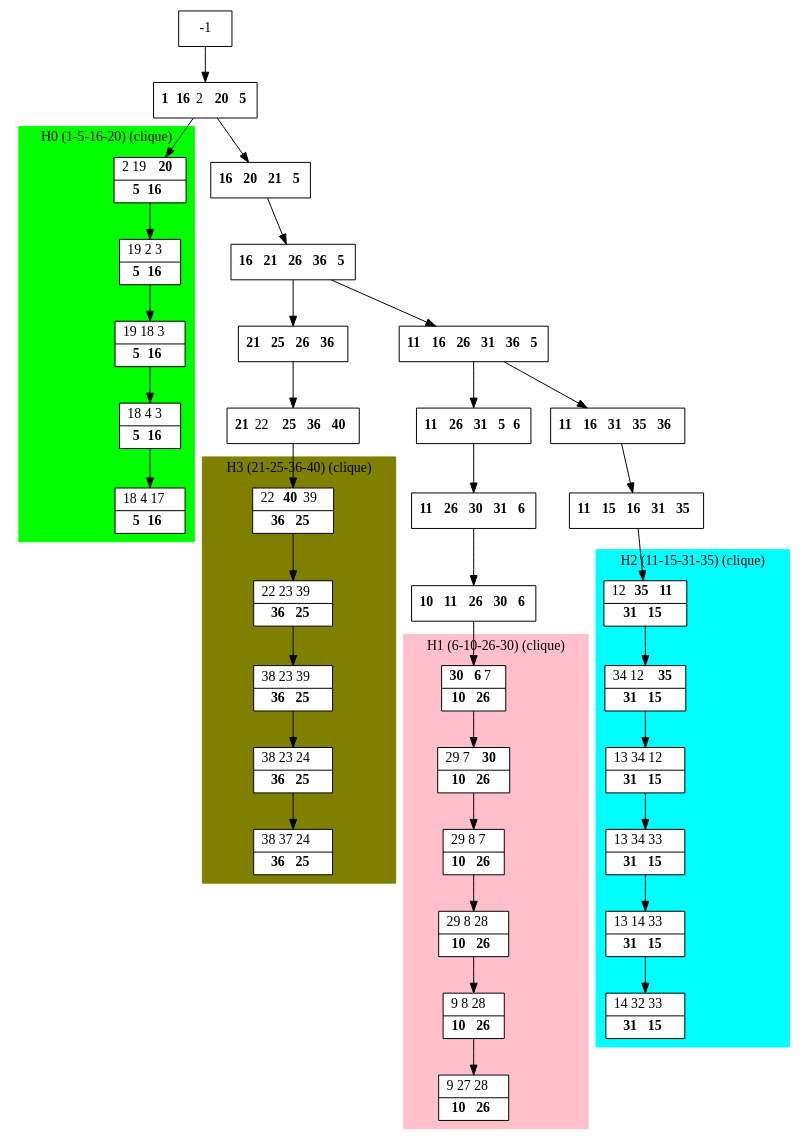
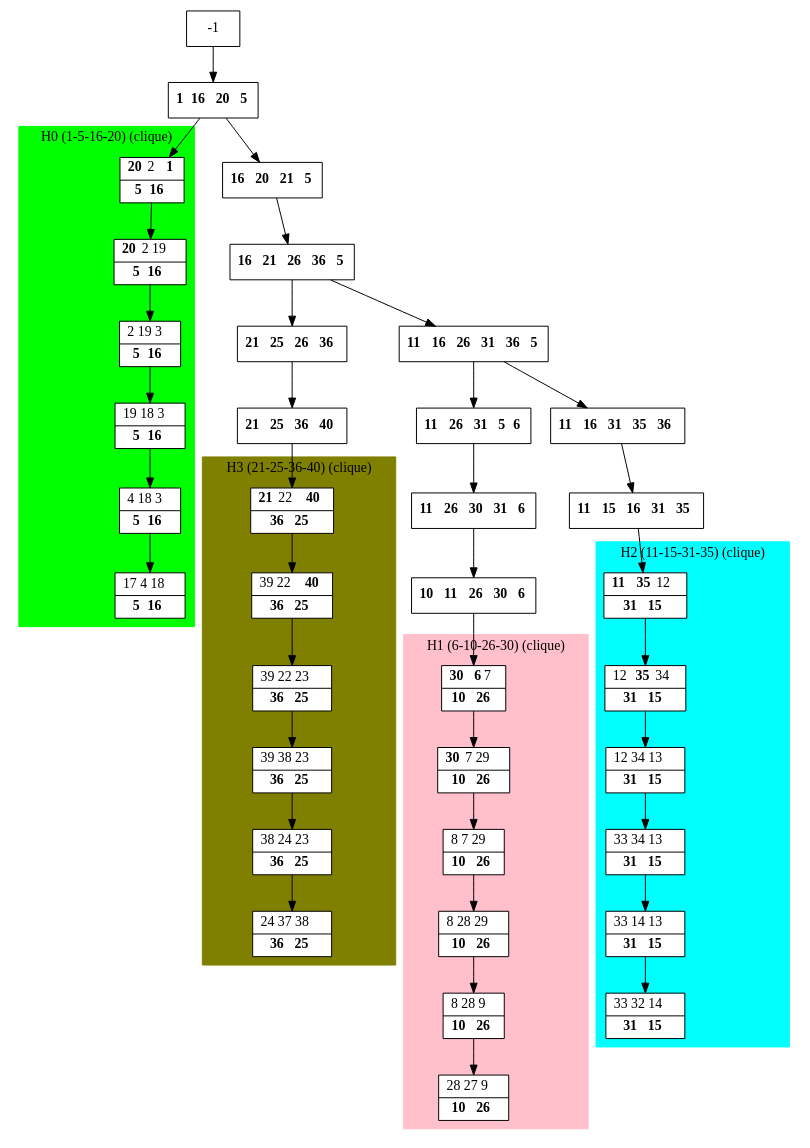
Before and after one commit to bmarchand/auto-dp: the diagram in results/dot_files/processed_M.dot, drawn with Graphviz. The commit also changed 31 other files, not shown here.

```diff
--- a/results/dot_files/processed_M.dot
+++ b/results/dot_files/processed_M.dot
@@ -1,83 +1,85 @@
 digraph G {
     node [shape=box];
     subgraph cluster0 {
         node [style=filled,fillcolor=white];
         labeljust="l";
         style=filled;
         color=lime;
-        H0_1 -> H0_2 -> H0_3 -> H0_4 -> H0_5;
+        H0_0 -> H0_1 -> H0_2 -> H0_3 -> H0_4 -> H0_5;
         label="H0 (1-5-16-20) (clique)";
     }
     subgraph cluster1 {
         node [style=filled,fillcolor=white];
         labeljust="l";
         style=filled;
         color=pink;
         H1_0 -> H1_1 -> H1_2 -> H1_3 -> H1_4 -> H1_5;
         label="H1 (6-10-26-30) (clique)";
     }
     subgraph cluster2 {
         node [style=filled,fillcolor=white];
         labeljust="l";
         style=filled;
         color=cyan;
         H2_0 -> H2_1 -> H2_2 -> H2_3 -> H2_4 -> H2_5;
         label="H2 (11-15-31-35) (clique)";
     }
     subgraph cluster3 {
         node [style=filled,fillcolor=white];
         labeljust="l";
         style=filled;
         color=olive;
-        H3_1 -> H3_2 -> H3_3 -> H3_4 -> H3_5;
+        H3_0 -> H3_1 -> H3_2 -> H3_3 -> H3_4 -> H3_5;
         label="H3 (21-25-36-40) (clique)";
     }
-     1 [shape=record,label= <{ <b>1</b> <b>16</b> 2 <b>20</b> <b>5</b>}> ];
+     1 [shape=record,label= <{ <b>1</b> <b>16</b> <b>20</b> <b>5</b>}> ];
      -1  ->  1;
-     H0_1 [shape=record,label= <{ 2 19 <b>20</b>|  <b>5</b> <b>16</b>}> ];
-     1  ->  H0_1;
-     H0_2 [shape=record,label= <{ 19 2 3|  <b>5</b> <b>16</b>}> ];
+     H0_0 [shape=record,label= <{ <b>20</b> 2 <b>1</b>|  <b>5</b> <b>16</b>}> ];
+     1  ->  H0_0;
+     H0_1 [shape=record,label= <{ <b>20</b> 2 19|  <b>5</b> <b>16</b>}> ];
+     H0_2 [shape=record,label= <{ 2 19 3|  <b>5</b> <b>16</b>}> ];
      H0_3 [shape=record,label= <{ 19 18 3|  <b>5</b> <b>16</b>}> ];
-     H0_4 [shape=record,label= <{ 18 4 3|  <b>5</b> <b>16</b>}> ];
-     H0_5 [shape=record,label= <{ 18 4 17|  <b>5</b> <b>16</b>}> ];
+     H0_4 [shape=record,label= <{ 4 18 3|  <b>5</b> <b>16</b>}> ];
+     H0_5 [shape=record,label= <{ 17 4 18|  <b>5</b> <b>16</b>}> ];
      28 [shape=record,label= <{ <b>16</b> <b>20</b> <b>21</b> <b>5</b>}> ];
      1  ->  28;
      27 [shape=record,label= <{ <b>16</b> <b>21</b> <b>26</b> <b>36</b> <b>5</b>}> ];
      28  ->  27;
      18 [shape=record,label= <{ <b>11</b> <b>16</b> <b>26</b> <b>31</b> <b>36</b> <b>5</b>}> ];
      27  ->  18;
      9 [shape=record,label= <{ <b>11</b> <b>26</b> <b>31</b> <b>5</b> <b>6</b>}> ];
      18  ->  9;
      10 [shape=record,label= <{ <b>11</b> <b>26</b> <b>30</b> <b>31</b> <b>6</b>}> ];
      9  ->  10;
      11 [shape=record,label= <{ <b>10</b> <b>11</b> <b>26</b> <b>30</b> <b>6</b>}> ];
      10  ->  11;
      H1_0 [shape=record,label= <{ <b>30</b> <b>6</b> 7|  <b>10</b> <b>26</b>}> ];
      11  ->  H1_0;
-     H1_1 [shape=record,label= <{ 29 7 <b>30</b>|  <b>10</b> <b>26</b>}> ];
-     H1_2 [shape=record,label= <{ 29 8 7|  <b>10</b> <b>26</b>}> ];
-     H1_3 [shape=record,label= <{ 29 8 28|  <b>10</b> <b>26</b>}> ];
-     H1_4 [shape=record,label= <{ 9 8 28|  <b>10</b> <b>26</b>}> ];
-     H1_5 [shape=record,label= <{ 9 27 28|  <b>10</b> <b>26</b>}> ];
+     H1_1 [shape=record,label= <{ <b>30</b> 7 29|  <b>10</b> <b>26</b>}> ];
+     H1_2 [shape=record,label= <{ 8 7 29|  <b>10</b> <b>26</b>}> ];
+     H1_3 [shape=record,label= <{ 8 28 29|  <b>10</b> <b>26</b>}> ];
+     H1_4 [shape=record,label= <{ 8 28 9|  <b>10</b> <b>26</b>}> ];
+     H1_5 [shape=record,label= <{ 28 27 9|  <b>10</b> <b>26</b>}> ];
      19 [shape=record,label= <{ <b>11</b> <b>16</b> <b>31</b> <b>35</b> <b>36</b>}> ];
      18  ->  19;
      20 [shape=record,label= <{ <b>11</b> <b>15</b> <b>16</b> <b>31</b> <b>35</b>}> ];
      19  ->  20;
-     H2_0 [shape=record,label= <{ 12 <b>35</b> <b>11</b>|  <b>31</b> <b>15</b>}> ];
+     H2_0 [shape=record,label= <{ <b>11</b> <b>35</b> 12|  <b>31</b> <b>15</b>}> ];
      20  ->  H2_0;
-     H2_1 [shape=record,label= <{ 34 12 <b>35</b>|  <b>31</b> <b>15</b>}> ];
-     H2_2 [shape=record,label= <{ 13 34 12|  <b>31</b> <b>15</b>}> ];
-     H2_3 [shape=record,label= <{ 13 34 33|  <b>31</b> <b>15</b>}> ];
-     H2_4 [shape=record,label= <{ 13 14 33|  <b>31</b> <b>15</b>}> ];
-     H2_5 [shape=record,label= <{ 14 32 33|  <b>31</b> <b>15</b>}> ];
+     H2_1 [shape=record,label= <{ 12 <b>35</b> 34|  <b>31</b> <b>15</b>}> ];
+     H2_2 [shape=record,label= <{ 12 34 13|  <b>31</b> <b>15</b>}> ];
+     H2_3 [shape=record,label= <{ 33 34 13|  <b>31</b> <b>15</b>}> ];
+     H2_4 [shape=record,label= <{ 33 14 13|  <b>31</b> <b>15</b>}> ];
+     H2_5 [shape=record,label= <{ 33 32 14|  <b>31</b> <b>15</b>}> ];
      29 [shape=record,label= <{ <b>21</b> <b>25</b> <b>26</b> <b>36</b>}> ];
      27  ->  29;
-     31 [shape=record,label= <{ <b>21</b> 22 <b>25</b> <b>36</b> <b>40</b>}> ];
+     31 [shape=record,label= <{ <b>21</b> <b>25</b> <b>36</b> <b>40</b>}> ];
      29  ->  31;
-     H3_1 [shape=record,label= <{ 22 <b>40</b> 39|  <b>36</b> <b>25</b>}> ];
-     31  ->  H3_1;
-     H3_2 [shape=record,label= <{ 22 23 39|  <b>36</b> <b>25</b>}> ];
-     H3_3 [shape=record,label= <{ 38 23 39|  <b>36</b> <b>25</b>}> ];
-     H3_4 [shape=record,label= <{ 38 23 24|  <b>36</b> <b>25</b>}> ];
-     H3_5 [shape=record,label= <{ 38 37 24|  <b>36</b> <b>25</b>}> ];
+     H3_0 [shape=record,label= <{ <b>21</b> 22 <b>40</b>|  <b>36</b> <b>25</b>}> ];
+     31  ->  H3_0;
+     H3_1 [shape=record,label= <{ 39 22 <b>40</b>|  <b>36</b> <b>25</b>}> ];
+     H3_2 [shape=record,label= <{ 39 22 23|  <b>36</b> <b>25</b>}> ];
+     H3_3 [shape=record,label= <{ 39 38 23|  <b>36</b> <b>25</b>}> ];
+     H3_4 [shape=record,label= <{ 38 24 23|  <b>36</b> <b>25</b>}> ];
+     H3_5 [shape=record,label= <{ 24 37 38|  <b>36</b> <b>25</b>}> ];
 }
```
